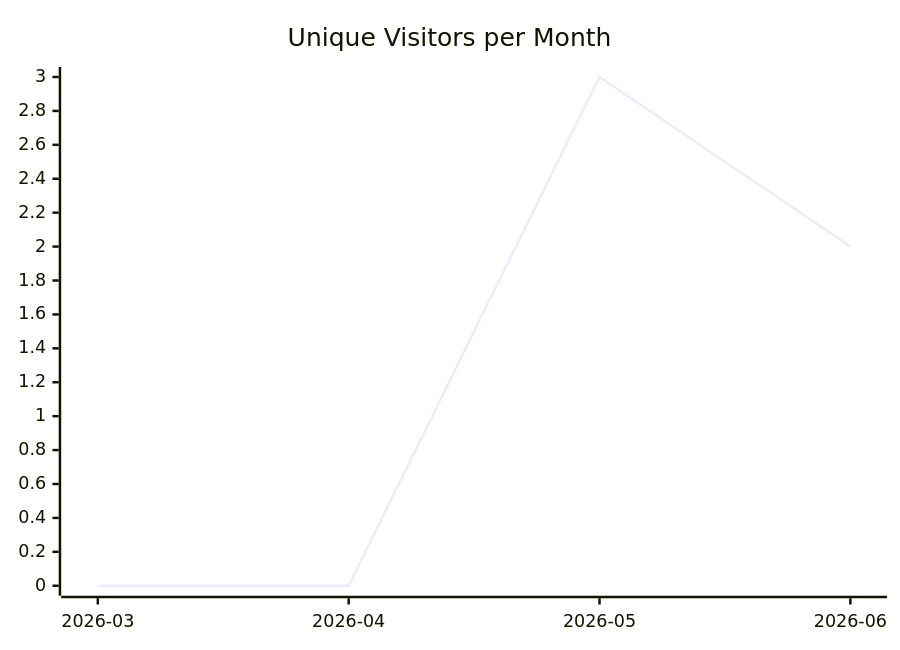
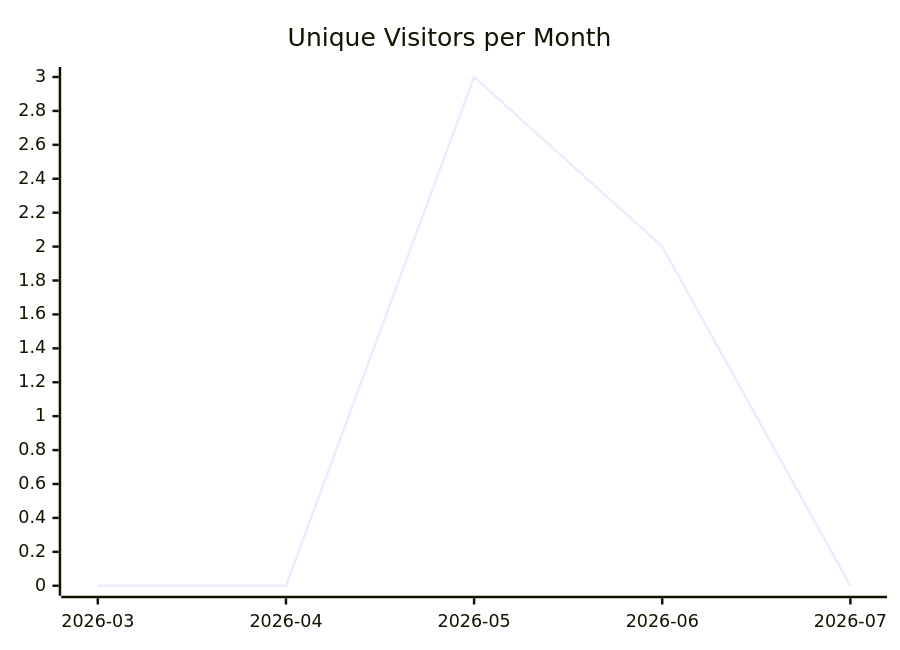
Before and after one commit to justdavis-family/github-analytics-data: the first of 3 diagrams in karlmdavis/kobjects/README.md, drawn with Mermaid. The commit also changed other lines of this file and 199 other files, not shown here.

````diff
--- a/karlmdavis/kobjects/README.md
+++ b/karlmdavis/kobjects/README.md
@@ -5,6 +5,6 @@
 ```mermaid
 xychart-beta
   title "Unique Visitors per Month"
-  x-axis ["2026-03", "2026-04", "2026-05", "2026-06"]
-  line [0, 0, 3, 2]
+  x-axis ["2026-03", "2026-04", "2026-05", "2026-06", "2026-07"]
+  line [0, 0, 3, 2, 0]
 ```
````
